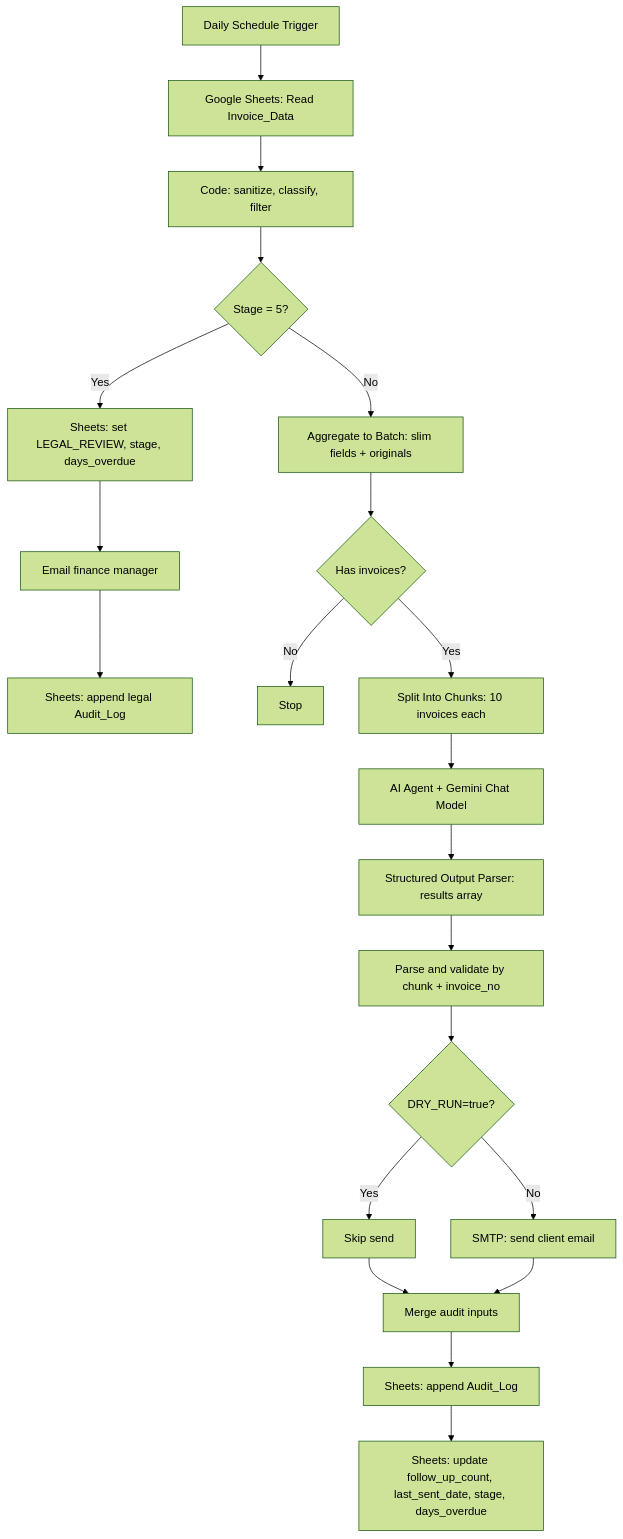
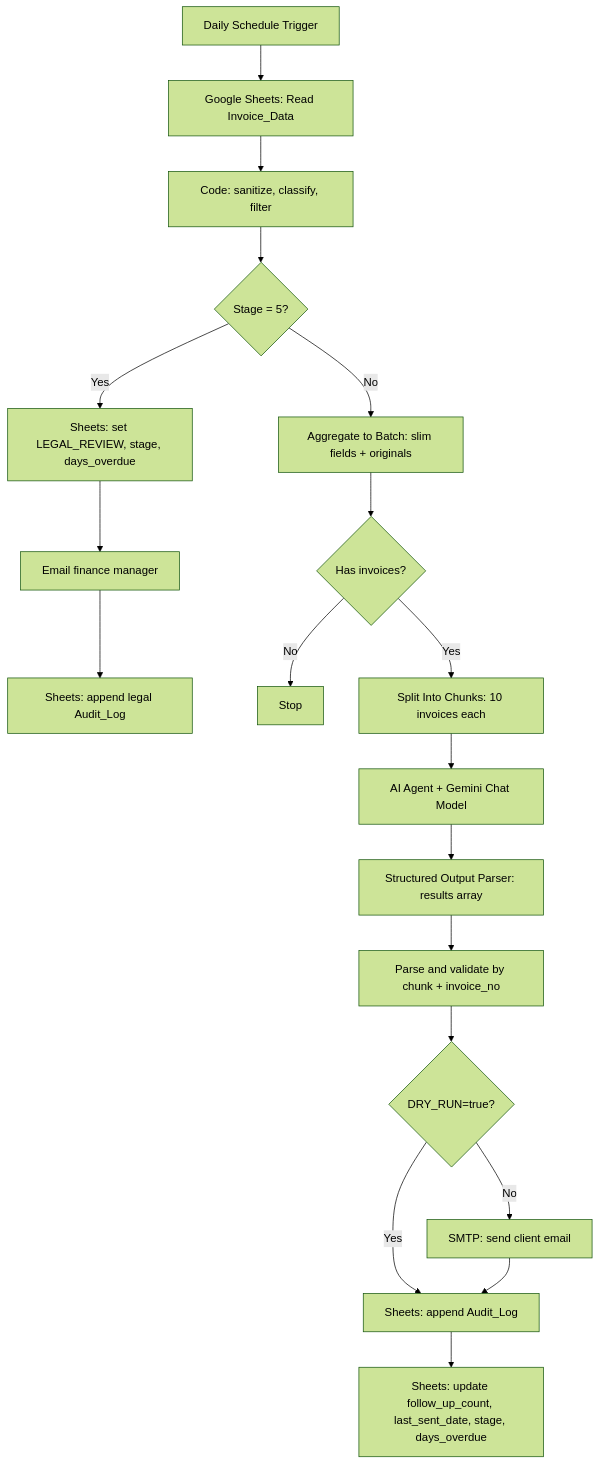
Before and after one commit to anoop04singh/TCI-FinanceEmailAgent: the diagram in README.md, drawn with Mermaid (forest theme). The commit also changed other lines of this file and 2 other files, not shown here.

Commit message:
updated workflow, removed merge node

````diff
--- a/README.md
+++ b/README.md
@@ -78,23 +78,21 @@
 ```mermaid
 flowchart TD
     A["Daily Schedule Trigger"] --> B["Google Sheets: Read Invoice_Data"]
     B --> C["Code: sanitize, classify, filter"]
     C --> D{"Stage = 5?"}
     D -- Yes --> E["Sheets: set LEGAL_REVIEW, stage, days_overdue"]
     E --> F["Email finance manager"]
     F --> G["Sheets: append legal Audit_Log"]
     D -- No --> H["Aggregate to Batch: slim fields + originals"]
     H --> I{"Has invoices?"}
     I -- No --> Z["Stop"]
     I -- Yes --> J["Split Into Chunks: 10 invoices each"]
     J --> K["AI Agent + Gemini Chat Model"]
     K --> L["Structured Output Parser: results array"]
     L --> M["Parse and validate by chunk + invoice_no"]
     M --> N{"DRY_RUN=true?"}
-    N -- Yes --> O["Skip send"]
+    N -- Yes --> O["Sheets: append Audit_Log"]
     N -- No --> P["SMTP: send client email"]
-    O --> Q["Merge audit inputs"]
-    P --> Q
-    Q --> R["Sheets: append Audit_Log"]
-    R --> S["Sheets: update follow_up_count, last_sent_date, stage, days_overdue"]
+    P --> O
+    O --> S["Sheets: update follow_up_count, last_sent_date, stage, days_overdue"]
 ```
````
